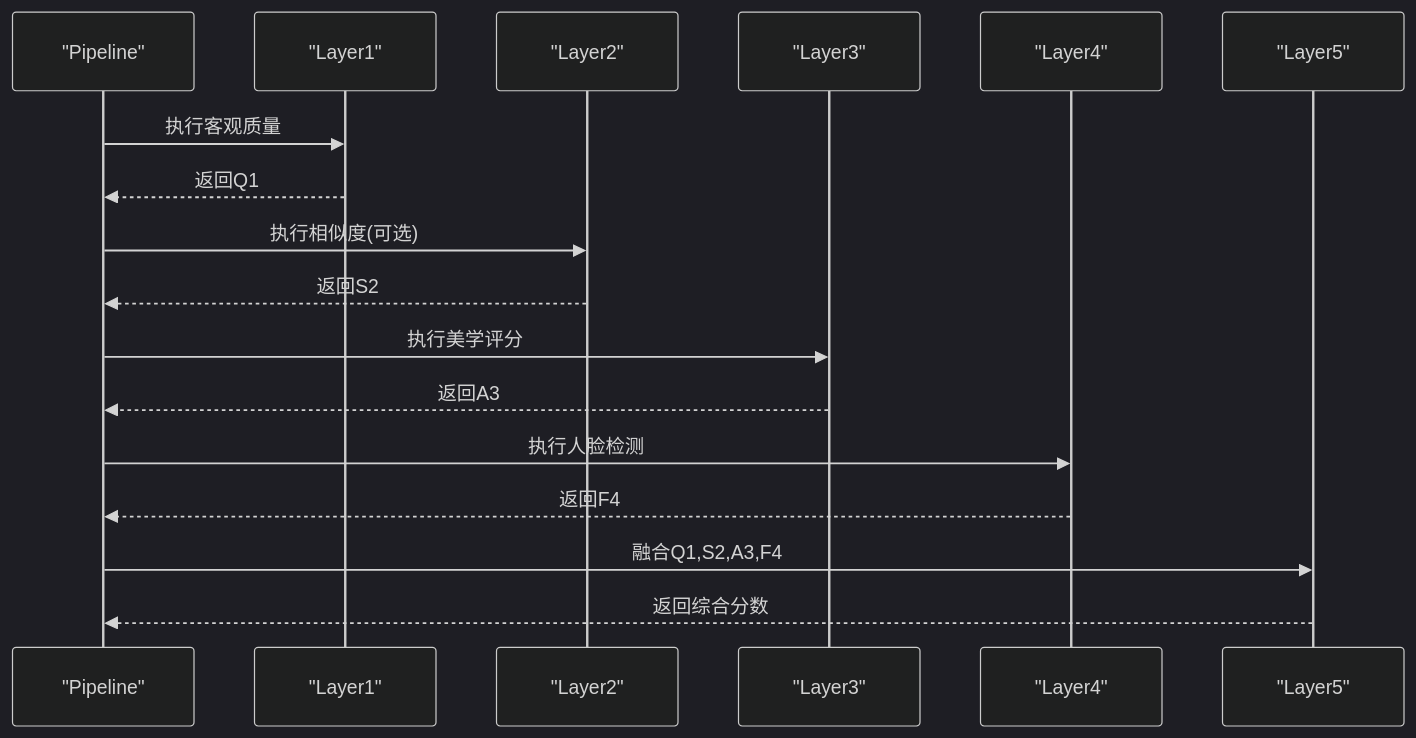
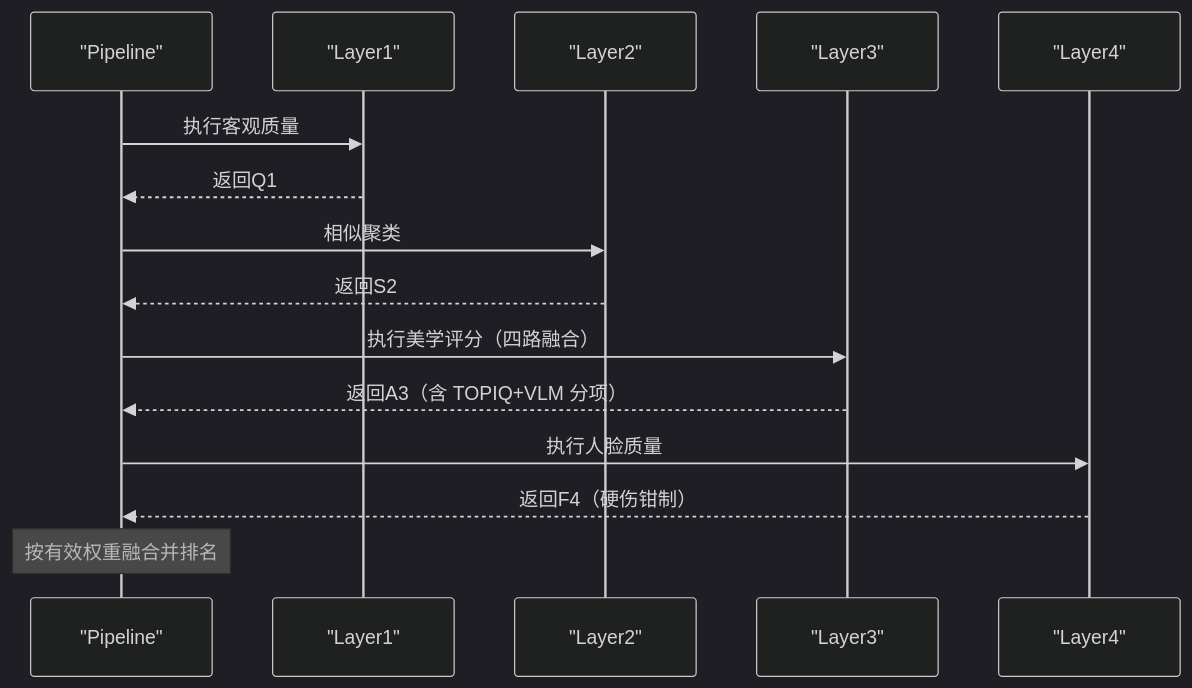
One commit to Frankynwa/photo-rank changed the eighth of 9 diagrams in wiki/评估层级系统/评估层级系统.md. Above: the diagram before and after it, drawn with Mermaid (dark theme). The commit also changed other lines of this file and 7 other files, not shown here.

````diff
--- a/wiki/评估层级系统/评估层级系统.md
+++ b/wiki/评估层级系统/评估层级系统.md
@@ -347,19 +328,17 @@
 ```mermaid
 sequenceDiagram
 participant P as "Pipeline"
 participant L1 as "Layer1"
 participant L2 as "Layer2"
 participant L3 as "Layer3"
 participant L4 as "Layer4"
-participant L5 as "Layer5"
 P->>L1 : 执行客观质量
 L1-->>P : 返回Q1
-P->>L2 : 执行相似度(可选)
+P->>L2 : 相似聚类
 L2-->>P : 返回S2
-P->>L3 : 执行美学评分
-L3-->>P : 返回A3
-P->>L4 : 执行人脸检测
-L4-->>P : 返回F4
-P->>L5 : 融合Q1,S2,A3,F4
-L5-->>P : 返回综合分数
+P->>L3 : 执行美学评分（四路融合）
+L3-->>P : 返回A3（含 TOPIQ+VLM 分项）
+P->>L4 : 执行人脸质量
+L4-->>P : 返回F4（硬伤钳制）
+Note over P : 按有效权重融合并排名
 ```
````
